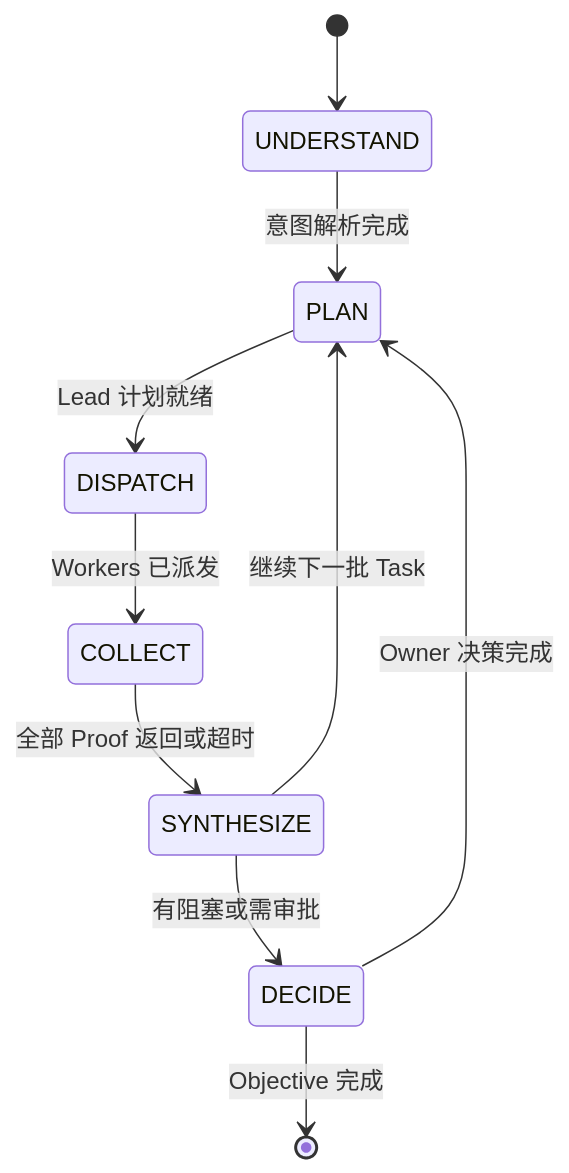
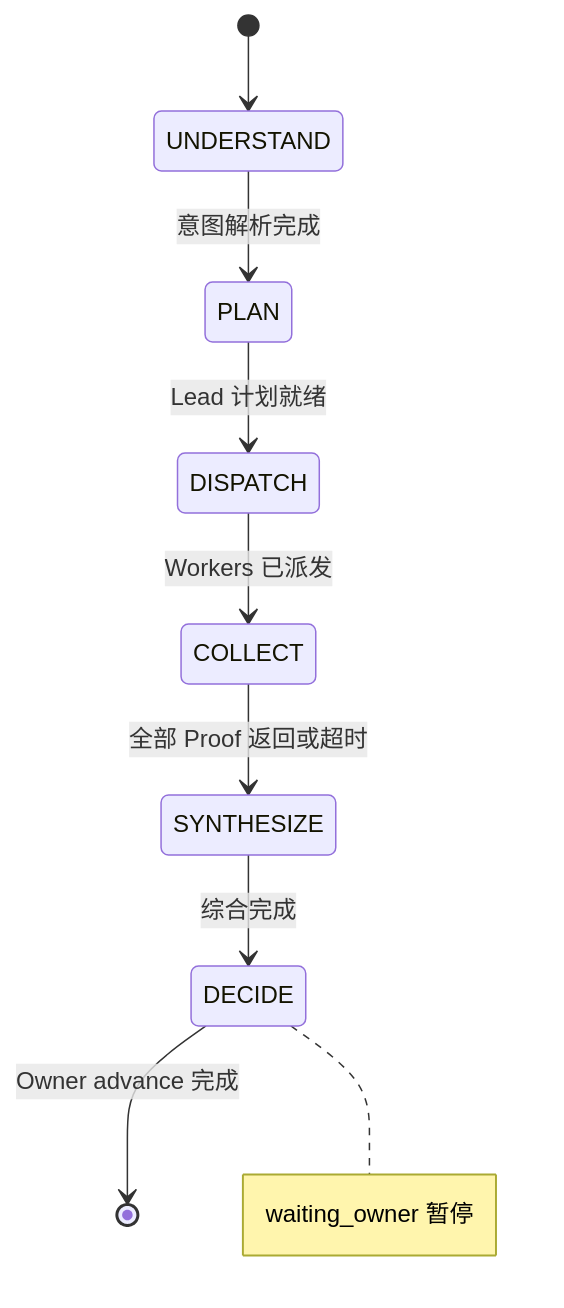
The diagram in docs/prd/modules/M05-control-loop.md (ballmaK/operon), drawn with Mermaid before and after one commit. The commit also changed other lines of this file and 14 other files, not shown here.

````diff
--- a/docs/prd/modules/M05-control-loop.md
+++ b/docs/prd/modules/M05-control-loop.md
@@ -28,12 +28,11 @@
 ```mermaid
 stateDiagram-v2
     [*] --> UNDERSTAND
     UNDERSTAND --> PLAN : 意图解析完成
     PLAN --> DISPATCH : Lead 计划就绪
     DISPATCH --> COLLECT : Workers 已派发
     COLLECT --> SYNTHESIZE : 全部 Proof 返回或超时
-    SYNTHESIZE --> DECIDE : 有阻塞或需审批
-    SYNTHESIZE --> PLAN : 继续下一批 Task
-    DECIDE --> PLAN : Owner 决策完成
-    DECIDE --> [*] : Objective 完成
+    SYNTHESIZE --> DECIDE : 综合完成
+    DECIDE --> [*] : Owner advance 完成
+    note right of DECIDE : waiting_owner 暂停
 ```
````
